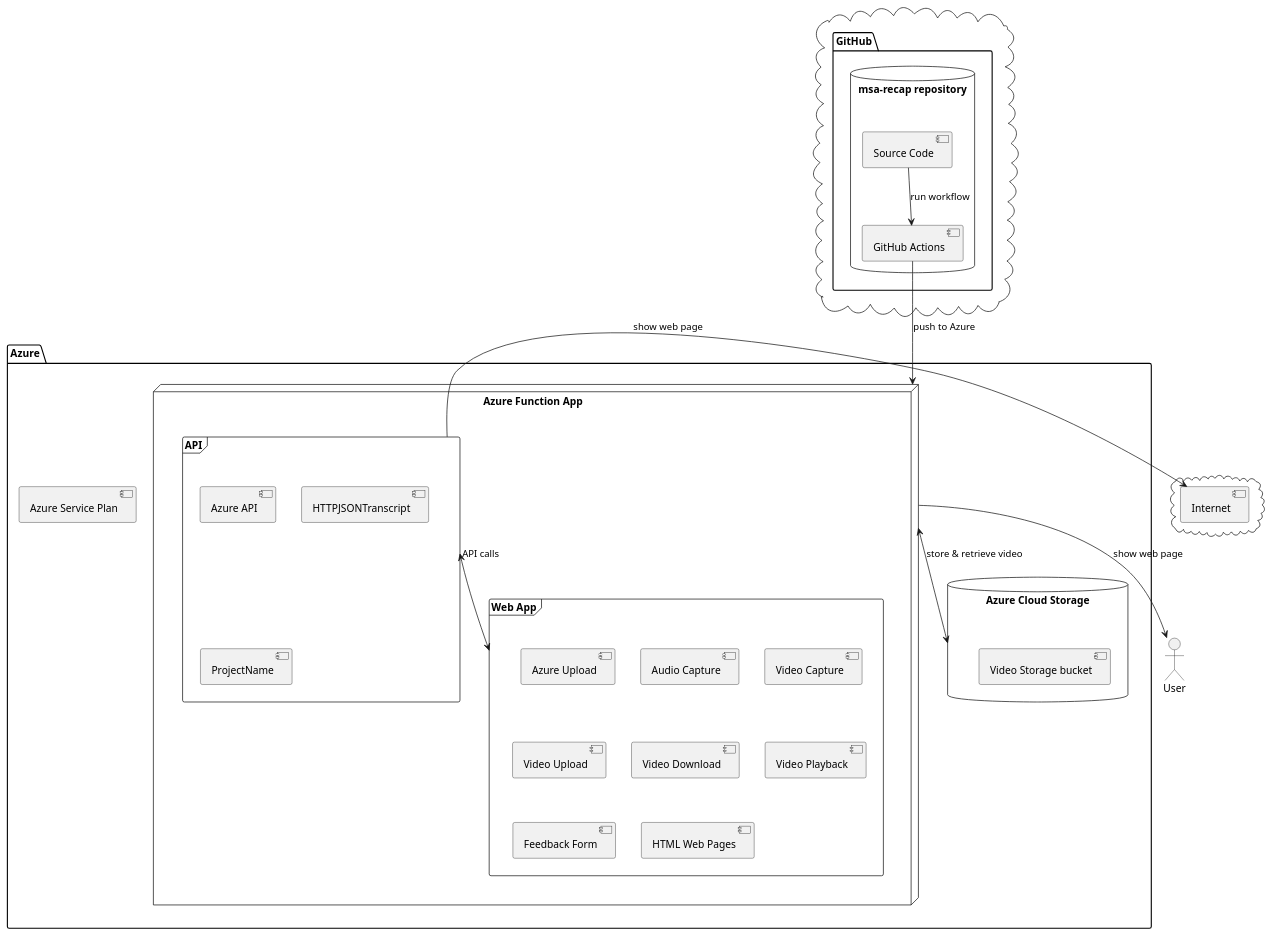
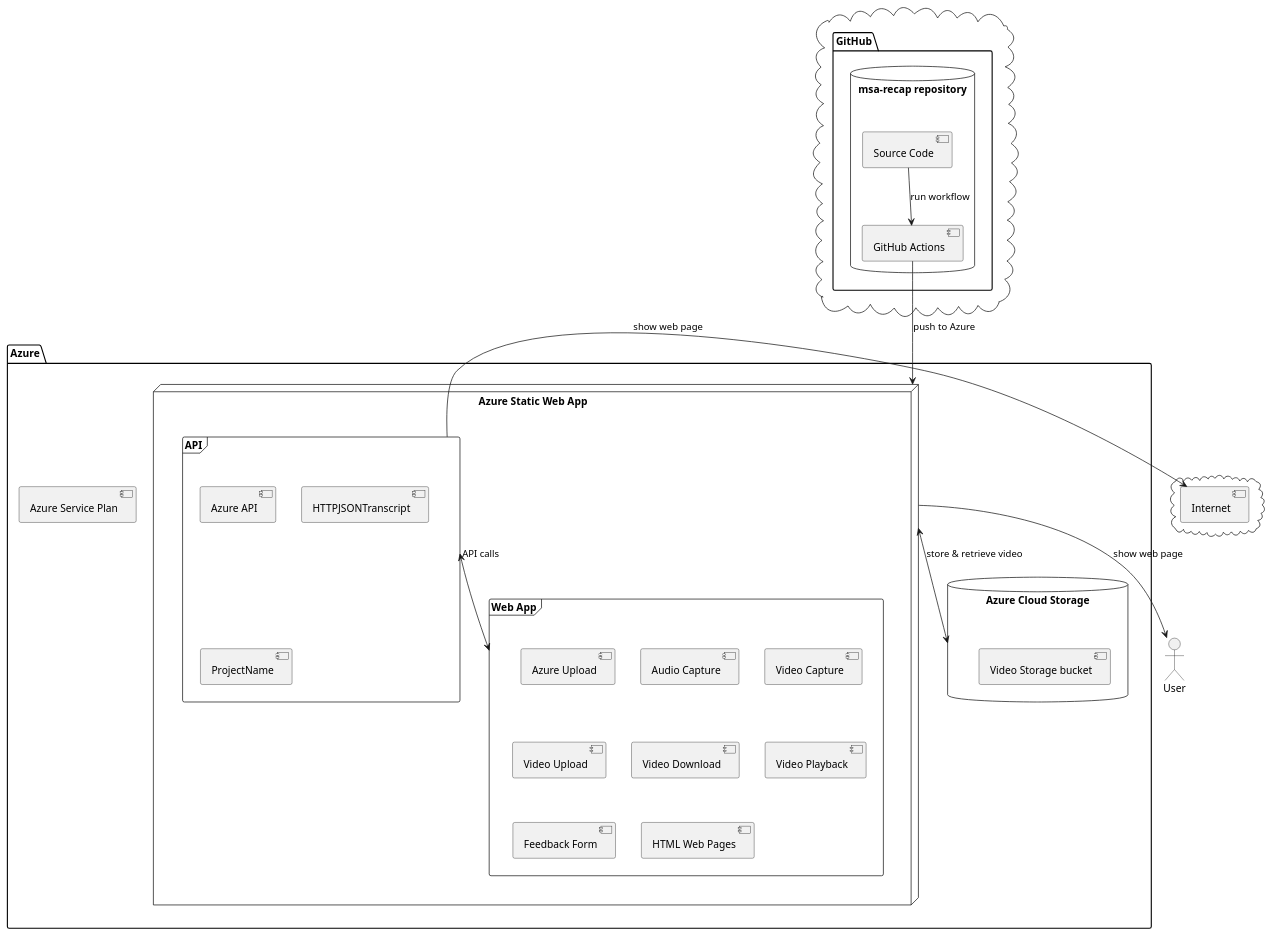
Before and after one commit to ECM3440-Team-One/ECM2429-UML: the diagram in examples/architecture.puml, drawn with PlantUML.

Commit message:
Updating as I suggested the wrong Azure feature

```diff
--- a/examples/architecture.puml
+++ b/examples/architecture.puml
@@ -1,55 +1,55 @@
 @startuml
 cloud {
     package "GitHub" as github{
         database "msa-recap repository"  {
             [Source Code] as SC
             [GitHub Actions] as GA
         }
     }
 }
 
 cloud {
     [Internet] as internet
 }
 
 package "Azure" {
     
     database "Azure Cloud Storage" as cs {
         [Video Storage bucket]
     }
 
-    node "Azure Function App" as FA {
+    node "Azure Static Web App" as FA {
         frame "Web App" as WA {
             [Azure Upload] as AU
             [Audio Capture] as AC
             [Video Capture] as VC
             [Video Upload] as VU
             [Video Download] as VD
             [Video Playback] as VP
             [Feedback Form] as FF
             [HTML Web Pages] as HTML
 
         }
 
         frame "API" {
             [Azure API]
             [HTTPJSONTranscript]
             [ProjectName]
         }
 
     }
 
     [Azure Service Plan]
 
 }
 
 actor User as user
 
 SC --> GA : run workflow
 GA --> FA : push to Azure
 FA --> user : show web page
 FA <--> cs : store & retrieve video
 API -r-> internet : show web page
 API <--> WA : API calls
 
 @enduml
```
